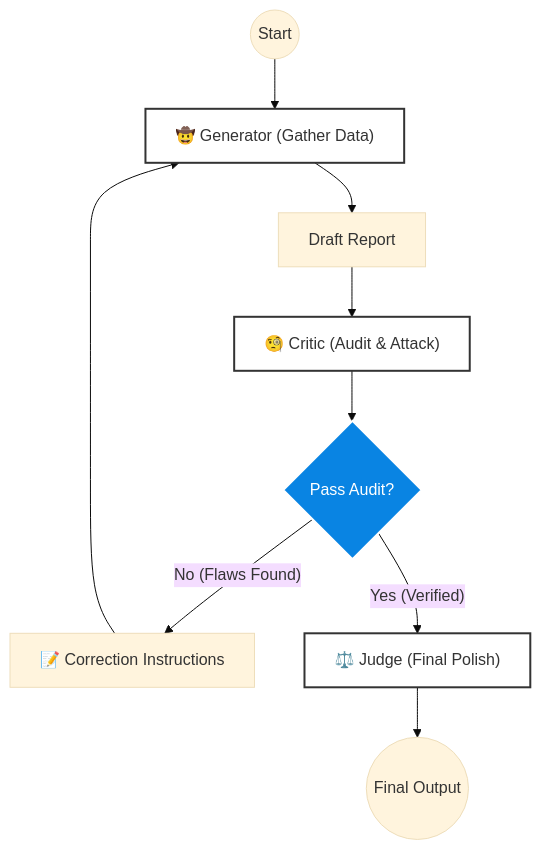
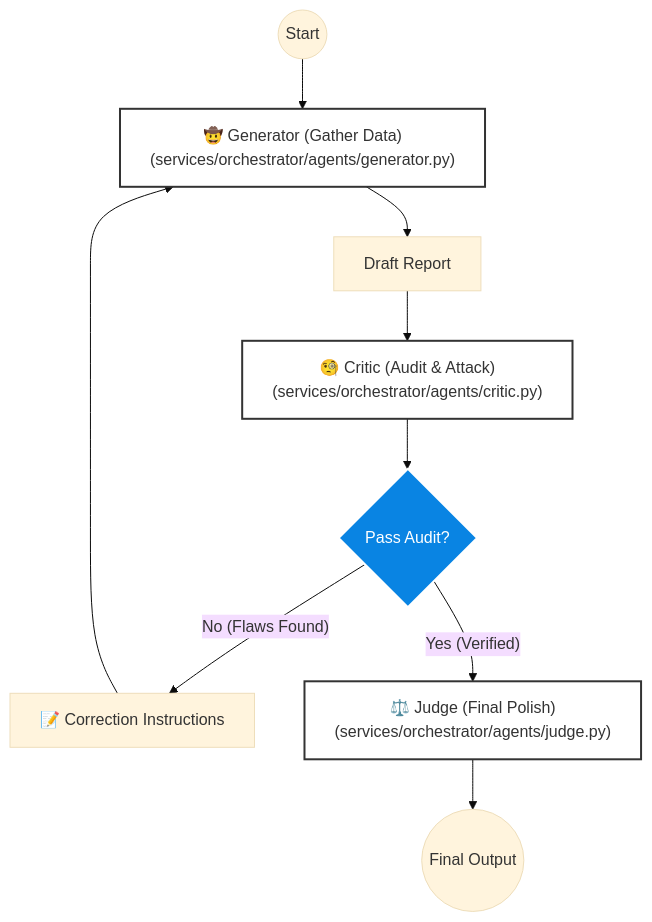
Before and after one commit to azzindani/Kea: the seventh of 16 diagrams in README.md, drawn with Mermaid (base theme). The commit also changed other lines of this file, not shown here.

Commit message:
docs: Add file path references to Mermaid diagrams in README.md for improved clarity.

````diff
--- a/README.md
+++ b/README.md
@@ -643,18 +643,18 @@
 ```mermaid
 graph TD
     %% STYLES
     classDef role fill:#fff,stroke:#333,stroke-width:2px;
     classDef decision fill:#0984e3,stroke:#fff,stroke-width:2px,color:#fff;
 
-    Start((Start)) --> Generator["🤠 Generator (Gather Data)"]:::role
+    Start((Start)) --> Generator["🤠 Generator (Gather Data)<br/>(services/orchestrator/agents/generator.py)"]:::role
     Generator --> Output["Draft Report"]
-    Output --> Critic["🧐 Critic (Audit & Attack)"]:::role
+    Output --> Critic["🧐 Critic (Audit & Attack)<br/>(services/orchestrator/agents/critic.py)"]:::role
     
     Critic --> Review{Pass Audit?}:::decision
     
     Review --"No (Flaws Found)"--> Feedback["📝 Correction Instructions"]
     Feedback --> Generator
     
-    Review --"Yes (Verified)"--> Judge["⚖️ Judge (Final Polish)"]:::role
+    Review --"Yes (Verified)"--> Judge["⚖️ Judge (Final Polish)<br/>(services/orchestrator/agents/judge.py)"]:::role
     Judge --> Final((Final Output))
 ```
````
